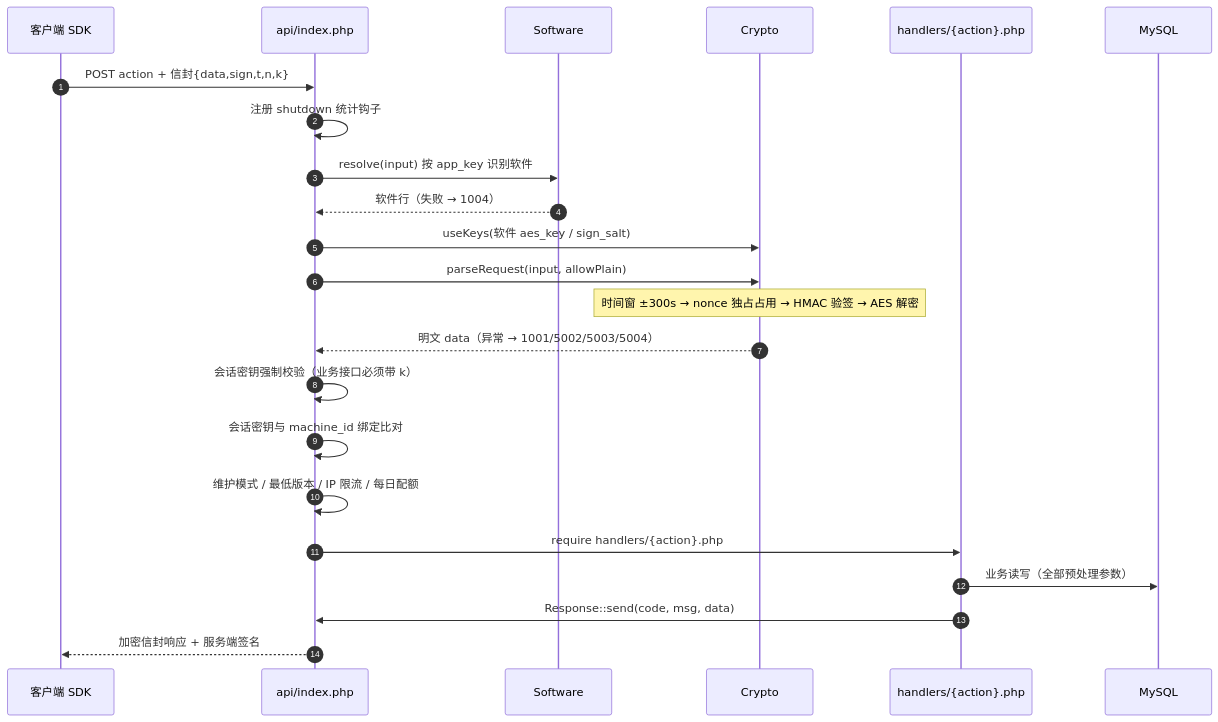
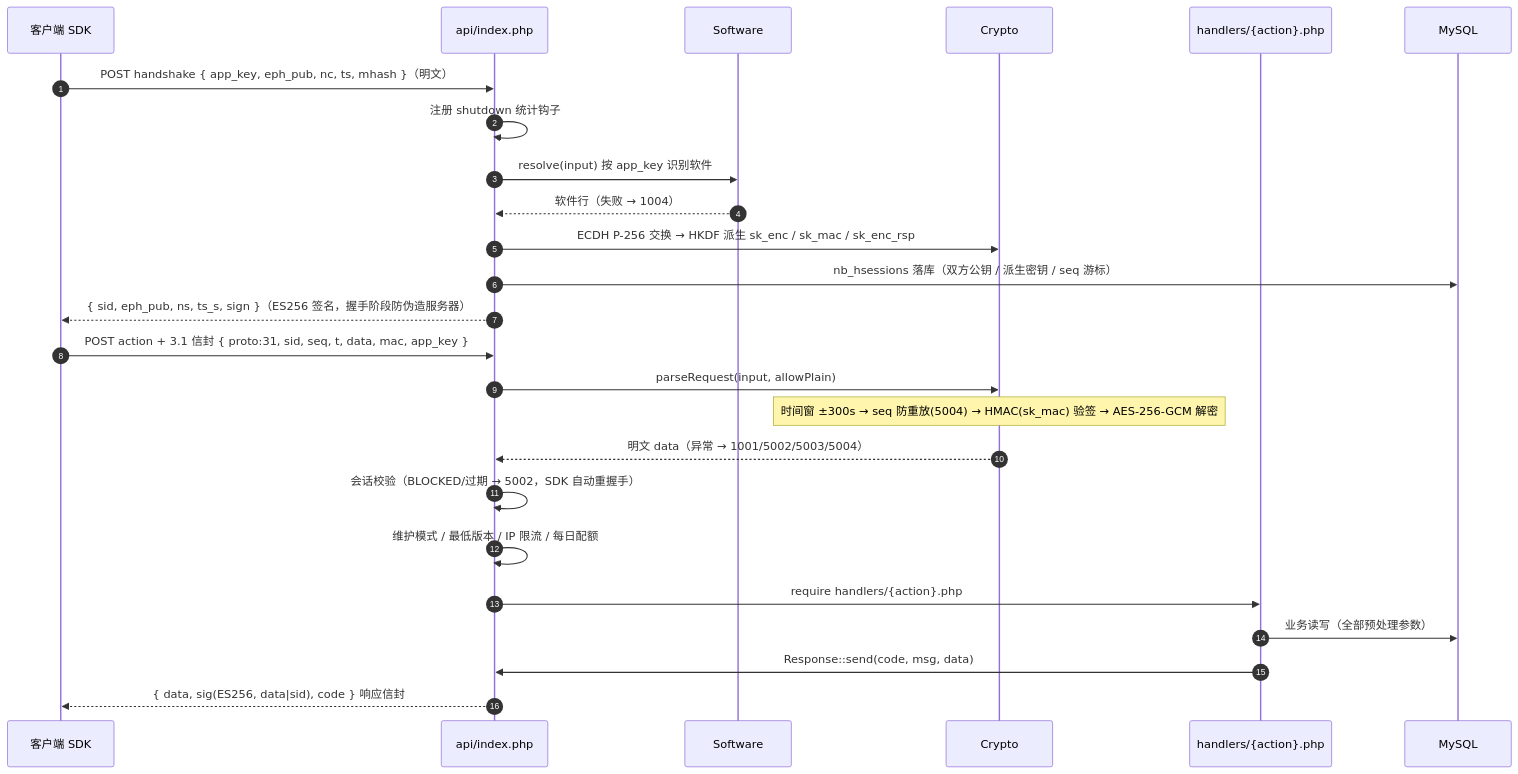
The second of 7 diagrams in docs/ARCHITECTURE.md (zxw7764-png/Nebula-Network-verification), drawn with Mermaid before and after one commit. The commit also changed other lines of this file and 3 other files, not shown here.

````diff
--- a/docs/ARCHITECTURE.md
+++ b/docs/ARCHITECTURE.md
@@ -109,26 +109,28 @@
 ```mermaid
 sequenceDiagram
     autonumber
     participant SDK as 客户端 SDK
     participant API as api/index.php
     participant SW as Software
     participant CR as Crypto
     participant H as handlers/{action}.php
     participant DB as MySQL
 
-    SDK->>API: POST action + 信封{data,sign,t,n,k}
+    SDK->>API: POST handshake { app_key, eph_pub, nc, ts, mhash }（明文）
     API->>API: 注册 shutdown 统计钩子
     API->>SW: resolve(input) 按 app_key 识别软件
     SW-->>API: 软件行（失败 → 1004）
-    API->>CR: useKeys(软件 aes_key / sign_salt)
+    API->>CR: ECDH P-256 交换 → HKDF 派生 sk_enc / sk_mac / sk_enc_rsp
+    API->>DB: nb_hsessions 落库（双方公钥 / 派生密钥 / seq 游标）
+    API-->>SDK: { sid, eph_pub, ns, ts_s, sign }（ES256 签名，握手阶段防伪造服务器）
+    SDK->>API: POST action + 3.1 信封 { proto:31, sid, seq, t, data, mac, app_key }
     API->>CR: parseRequest(input, allowPlain)
-    Note over CR: 时间窗 ±300s → nonce 独占占用 → HMAC 验签 → AES 解密
+    Note over CR: 时间窗 ±300s → seq 防重放(5004) → HMAC(sk_mac) 验签 → AES-256-GCM 解密
     CR-->>API: 明文 data（异常 → 1001/5002/5003/5004）
-    API->>API: 会话密钥强制校验（业务接口必须带 k）
-    API->>API: 会话密钥与 machine_id 绑定比对
+    API->>API: 会话校验（BLOCKED/过期 → 5002，SDK 自动重握手）
     API->>API: 维护模式 / 最低版本 / IP 限流 / 每日配额
     API->>H: require handlers/{action}.php
     H->>DB: 业务读写（全部预处理参数）
     H->>API: Response::send(code, msg, data)
-    API-->>SDK: 加密信封响应 + 服务端签名
+    API-->>SDK: { data, sig(ES256, data|sid), code } 响应信封
 ```
````
